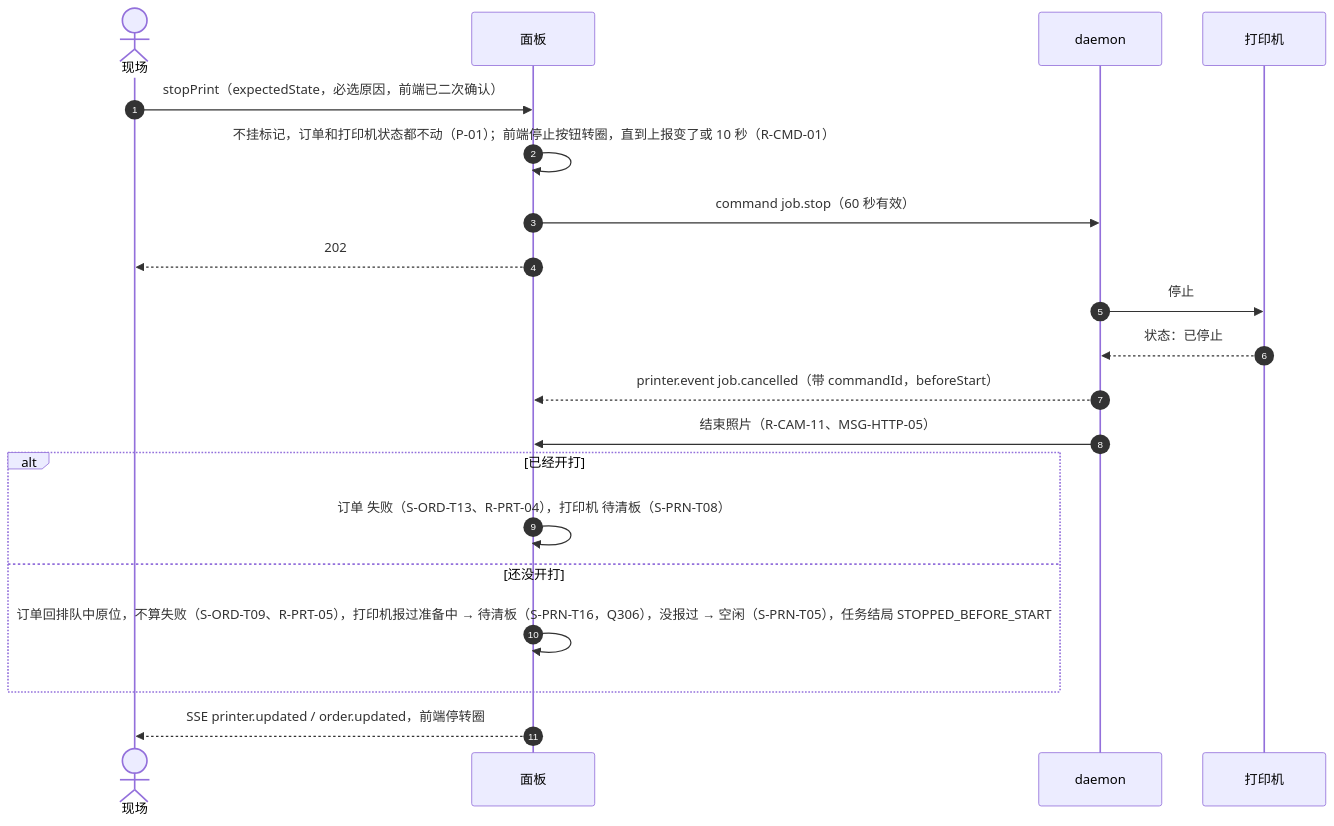
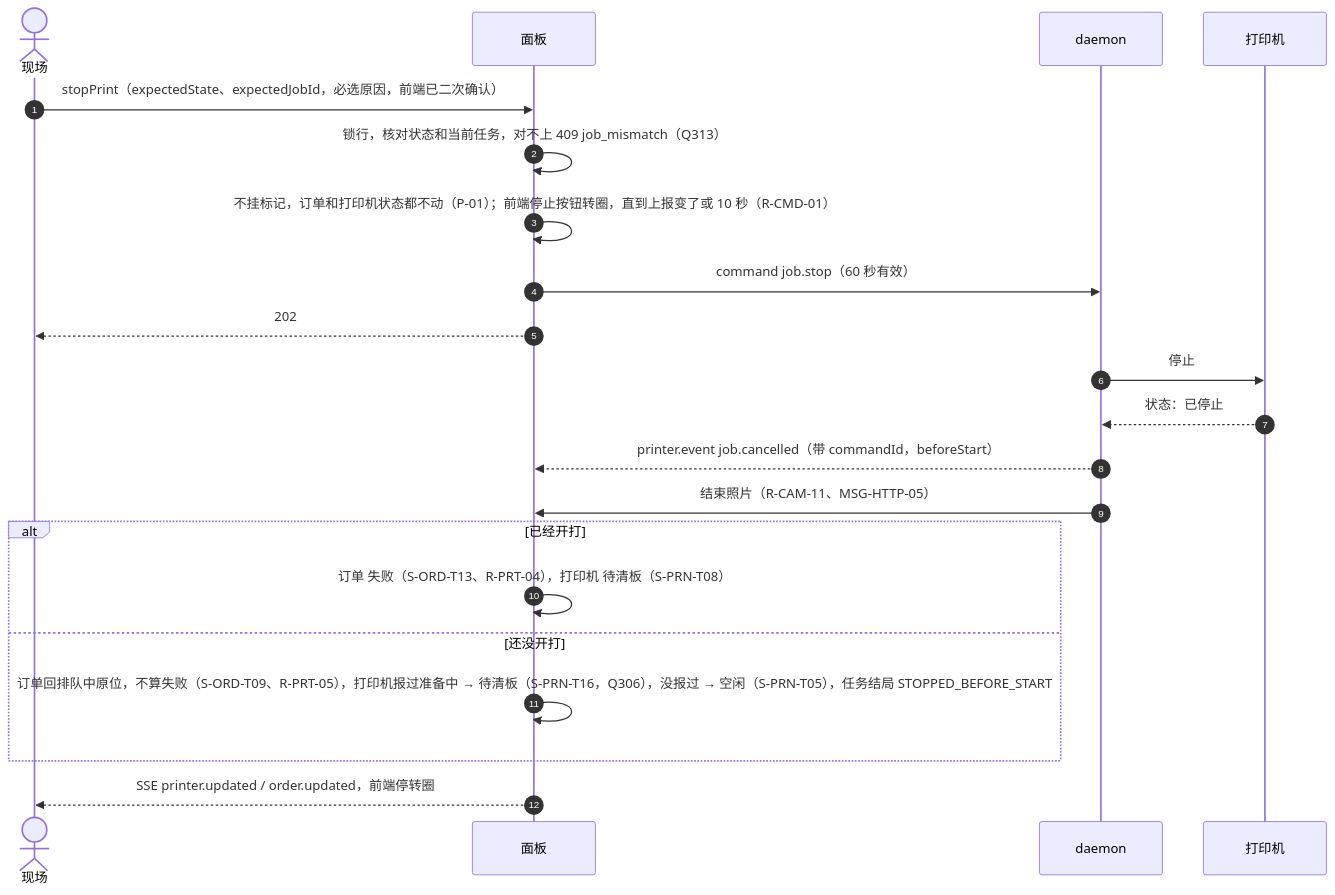
One commit to PlateRelay/PlateRelay changed the fourth of 11 diagrams in docs/design/03-sequences.md. Above: the diagram before and after it, drawn with Mermaid. The commit also changed other lines of this file, not shown here.

First line of the commit message:
docs(design): align stop and reconcile sequences with expectedJobId and offline finish rules

````diff
--- a/docs/design/03-sequences.md
+++ b/docs/design/03-sequences.md
@@ -163,22 +163,23 @@
 ```mermaid
 sequenceDiagram
   autonumber
   actor S as 现场
   participant P as 面板
   participant D as daemon
   participant R as 打印机
-  S->>P: stopPrint（expectedState，必选原因，前端已二次确认）
+  S->>P: stopPrint（expectedState、expectedJobId，必选原因，前端已二次确认）
+  P->>P: 锁行，核对状态和当前任务，对不上 409 job_mismatch（Q313）
   P->>P: 不挂标记，订单和打印机状态都不动（P-01）；前端停止按钮转圈，直到上报变了或 10 秒（R-CMD-01）
   P->>D: command job.stop（60 秒有效）
   P-->>S: 202
   D->>R: 停止
   R-->>D: 状态：已停止
   D-->>P: printer.event job.cancelled（带 commandId，beforeStart）
   D->>P: 结束照片（R-CAM-11、MSG-HTTP-05）
   alt 已经开打
     P->>P: 订单 失败（S-ORD-T13、R-PRT-04），打印机 待清板（S-PRN-T08）
   else 还没开打
     P->>P: 订单回排队中原位，不算失败（S-ORD-T09、R-PRT-05），打印机报过准备中 → 待清板（S-PRN-T16，Q306），没报过 → 空闲（S-PRN-T05），任务结局 STOPPED_BEFORE_START
   end
   P-->>S: SSE printer.updated / order.updated，前端停转圈
 ```
````
